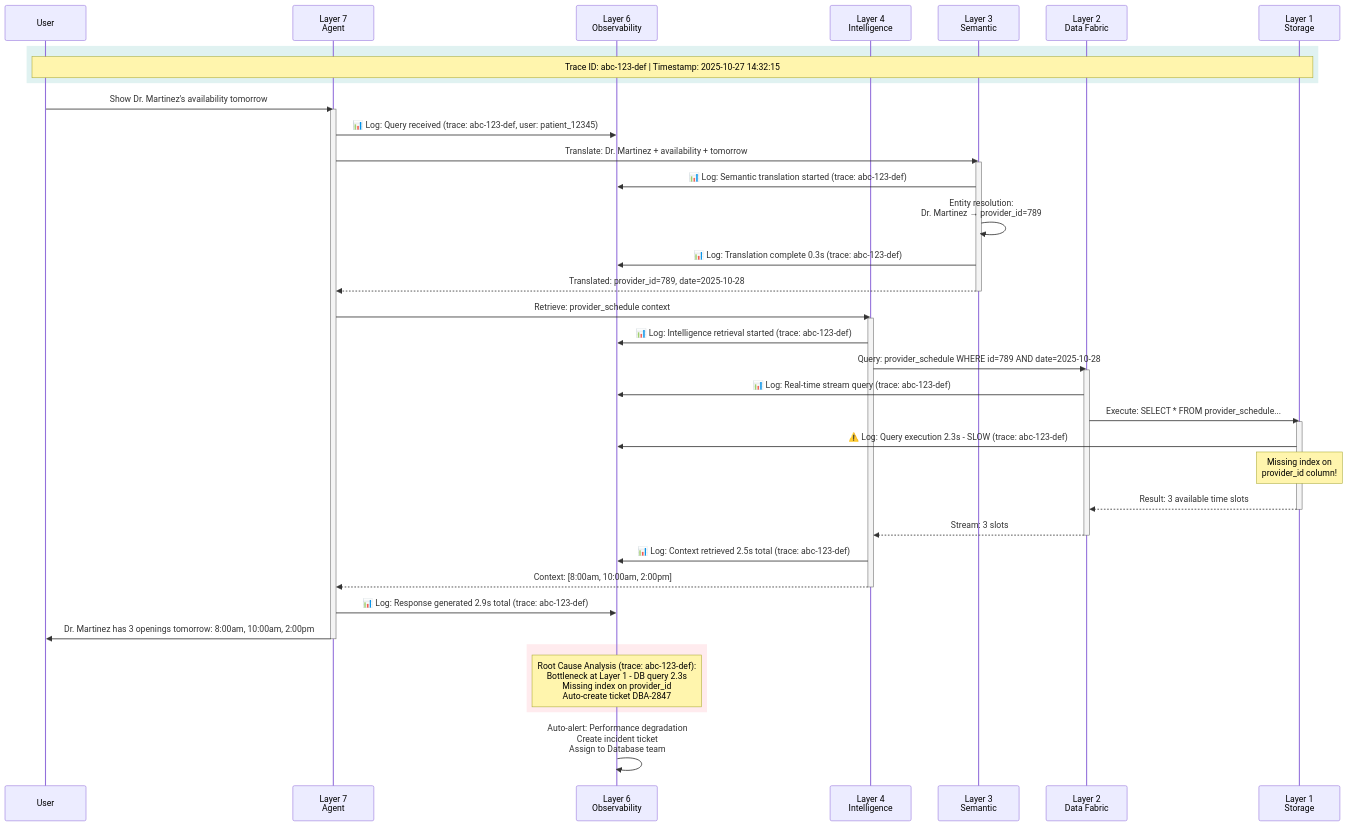
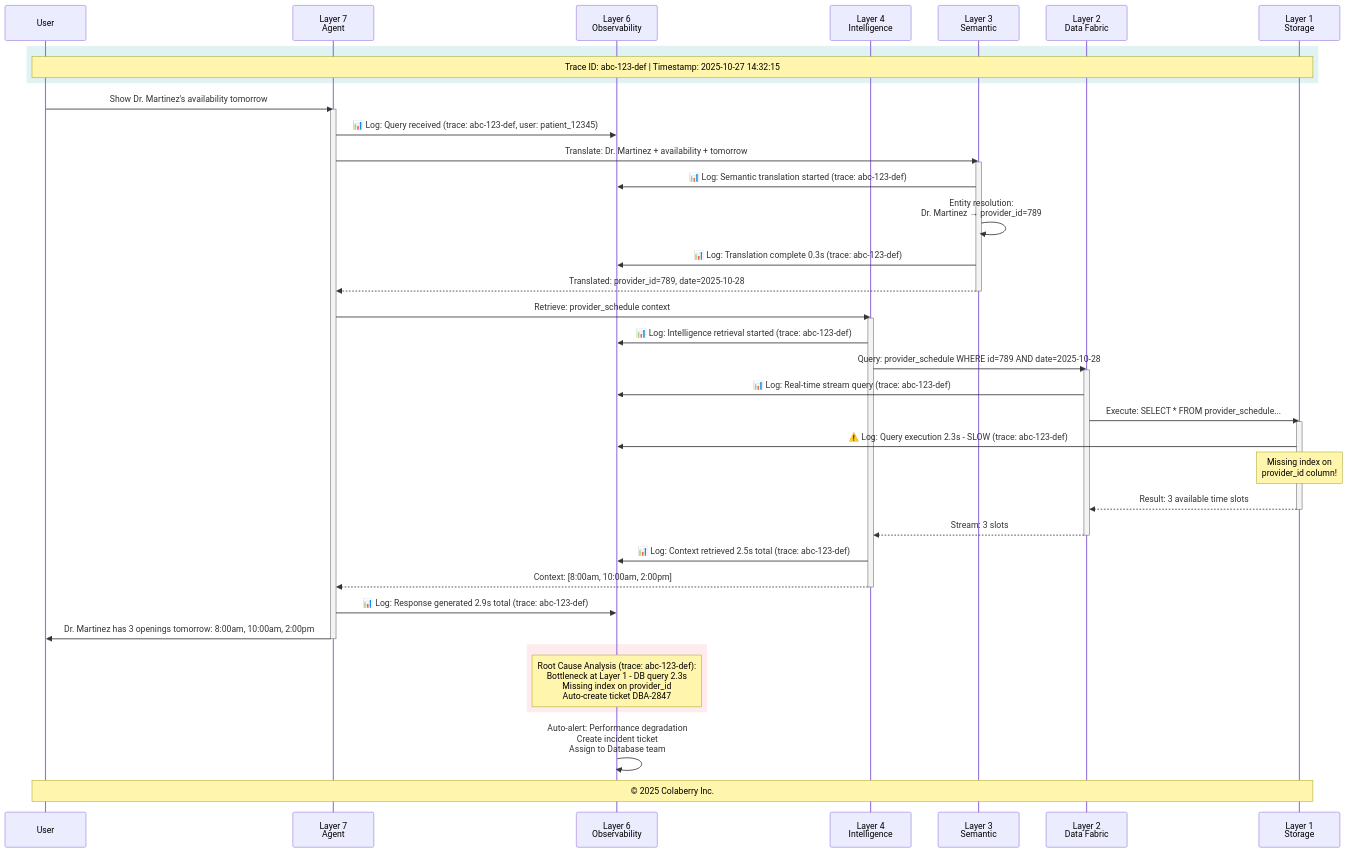
One commit to colaberry/enterprise-data-readiness-ai-agents changed the fourth of 11 diagrams in chapter-02/chapter_2_complete.md. Above: the diagram before and after it, drawn with Mermaid. The commit also changed other lines of this file and 1 other file, not shown here.

````diff
--- a/chapter-02/chapter_2_complete.md
+++ b/chapter-02/chapter_2_complete.md
@@ -462,54 +471,56 @@
 ```mermaid
 sequenceDiagram
     participant U as User
     participant L7 as Layer 7<br/>Agent
     participant L6 as Layer 6<br/>Observability
     participant L4 as Layer 4<br/>Intelligence
     participant L3 as Layer 3<br/>Semantic
     participant L2 as Layer 2<br/>Data Fabric
     participant L1 as Layer 1<br/>Storage
     
     rect rgb(224, 242, 241)
         Note over U,L1: Trace ID: abc-123-def | Timestamp: 2025-10-27 14:32:15
     end
     
     U->>L7: Show Dr. Martinez's availability tomorrow
     activate L7
     L7->>L6: 📊 Log: Query received (trace: abc-123-def, user: patient_12345)
     
     L7->>L3: Translate: Dr. Martinez + availability + tomorrow
     activate L3
     L3->>L6: 📊 Log: Semantic translation started (trace: abc-123-def)
     L3->>L3: Entity resolution:<br/>Dr. Martinez → provider_id=789
     L3->>L6: 📊 Log: Translation complete 0.3s (trace: abc-123-def)
     L3-->>L7: Translated: provider_id=789, date=2025-10-28
     deactivate L3
     
     L7->>L4: Retrieve: provider_schedule context
     activate L4
     L4->>L6: 📊 Log: Intelligence retrieval started (trace: abc-123-def)
     L4->>L2: Query: provider_schedule WHERE id=789 AND date=2025-10-28
     activate L2
     L2->>L6: 📊 Log: Real-time stream query (trace: abc-123-def)
     L2->>L1: Execute: SELECT * FROM provider_schedule...
     activate L1
     L1->>L6: ⚠️ Log: Query execution 2.3s - SLOW (trace: abc-123-def)
     Note over L1: Missing index on<br/>provider_id column!
     L1-->>L2: Result: 3 available time slots
     deactivate L1
     L2-->>L4: Stream: 3 slots
     deactivate L2
     L4->>L6: 📊 Log: Context retrieved 2.5s total (trace: abc-123-def)
     L4-->>L7: Context: [8:00am, 10:00am, 2:00pm]
     deactivate L4
     
     L7->>L6: 📊 Log: Response generated 2.9s total (trace: abc-123-def)
     L7->>U: Dr. Martinez has 3 openings tomorrow: 8:00am, 10:00am, 2:00pm
     deactivate L7
     
     rect rgb(255, 235, 238)
         Note over L6: Root Cause Analysis (trace: abc-123-def):<br/>Bottleneck at Layer 1 - DB query 2.3s<br/>Missing index on provider_id<br/>Auto-create ticket DBA-2847
     end
     
     L6->>L6: Auto-alert: Performance degradation<br/>Create incident ticket<br/>Assign to Database team
+    
+    Note over U,L1: © 2025 Colaberry Inc.
 ```
````
